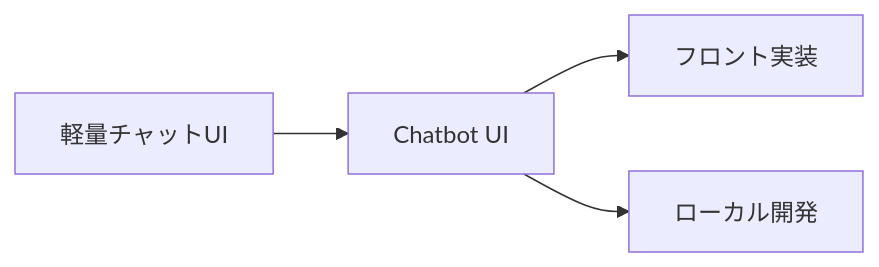
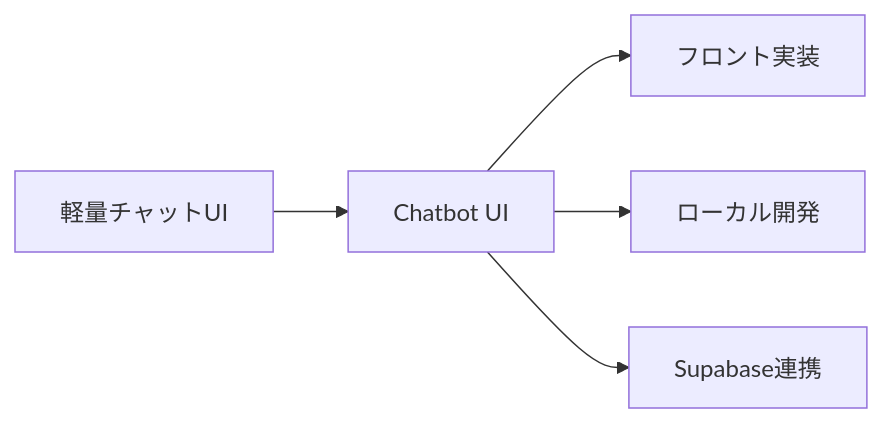
Before and after one commit to duwenji/generative-ai-oss-tutorials: the first of 2 diagrams in docs/04-ui/05-chatbot-ui.md, drawn with Mermaid. The commit also changed other lines of this file and 6 other files, not shown here.

````diff
--- a/docs/04-ui/05-chatbot-ui.md
+++ b/docs/04-ui/05-chatbot-ui.md
@@ -78,6 +49,7 @@
 ```mermaid
 flowchart LR
-	A[軽量チャットUI] --> B[Chatbot UI]
-	B --> C[フロント実装]
-	B --> D[ローカル開発]
+    A[軽量チャットUI] --> B[Chatbot UI]
+    B --> C[フロント実装]
+    B --> D[ローカル開発]
+    B --> E[Supabase連携]
 ```
````
